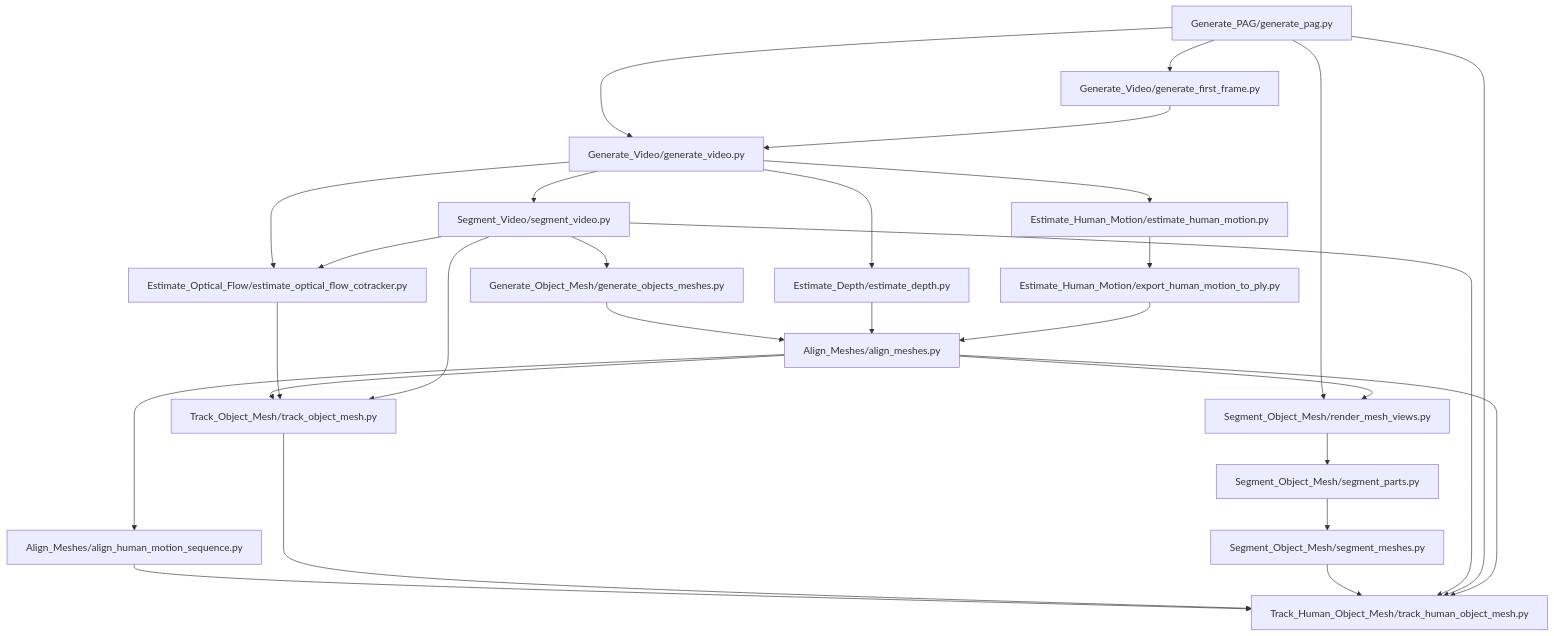
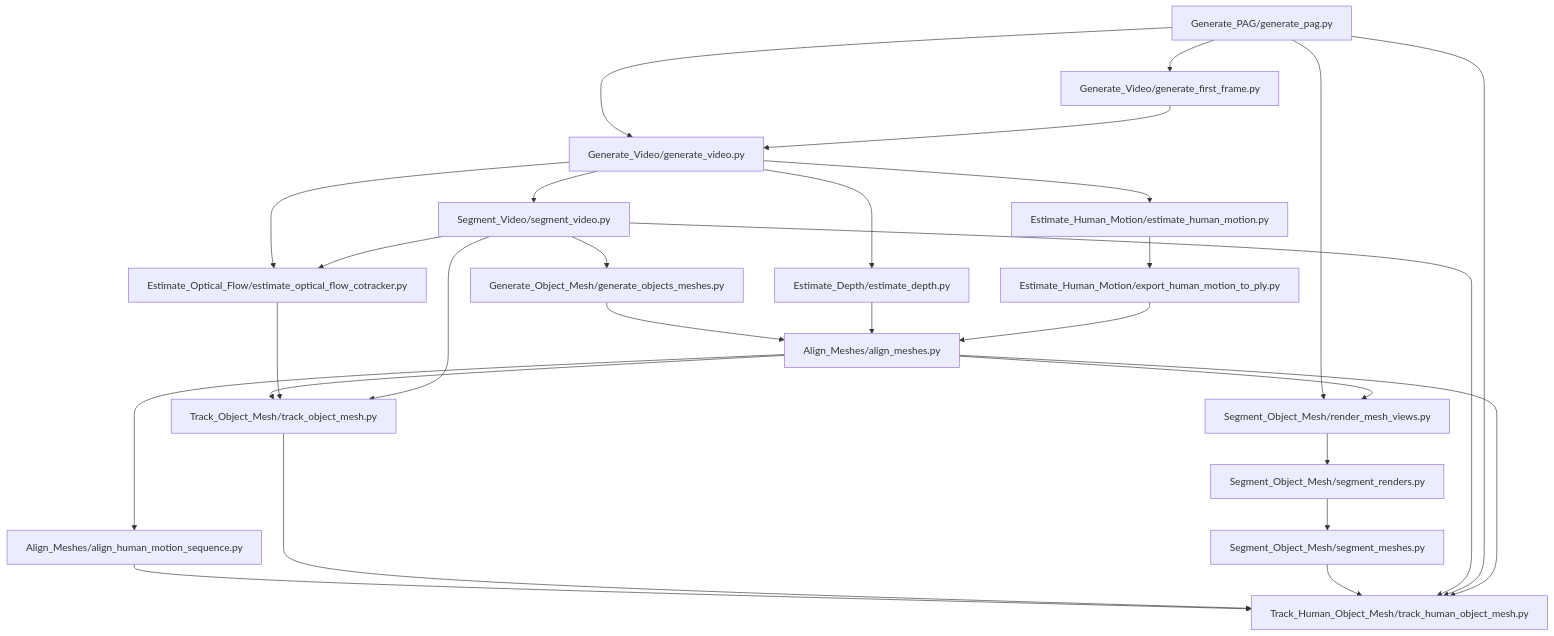
Before and after one commit to mumerabbasi/4DHOI: the diagram in README.md, drawn with Mermaid. The commit also changed other lines of this file and 33 other files, not shown here.

````diff
--- a/README.md
+++ b/README.md
@@ -36,36 +38,36 @@
 ```mermaid
 flowchart TD
     A[Generate_PAG/generate_pag.py] --> B[Generate_Video/generate_first_frame.py]
     A --> C[Generate_Video/generate_video.py]
     B --> C
 
     C --> D[Segment_Video/segment_video.py]
     D --> E[Generate_Object_Mesh/generate_objects_meshes.py]
 
     C --> F[Estimate_Depth/estimate_depth.py]
     C --> G[Estimate_Human_Motion/estimate_human_motion.py]
     G --> H[Estimate_Human_Motion/export_human_motion_to_ply.py]
 
     E --> I[Align_Meshes/align_meshes.py]
     F --> I
     H --> I
     I --> J[Align_Meshes/align_human_motion_sequence.py]
 
     A --> K[Segment_Object_Mesh/render_mesh_views.py]
     I --> K
-    K --> L[Segment_Object_Mesh/segment_parts.py]
+    K --> L[Segment_Object_Mesh/segment_renders.py]
     L --> M[Segment_Object_Mesh/segment_meshes.py]
 
     C --> N[Estimate_Optical_Flow/estimate_optical_flow_cotracker.py]
     D --> N
     I --> O[Track_Object_Mesh/track_object_mesh.py]
     N --> O
     D --> O
 
     J --> P[Track_Human_Object_Mesh/track_human_object_mesh.py]
     O --> P
     M --> P
     D --> P
     A --> P
     I --> P
 ```
````
